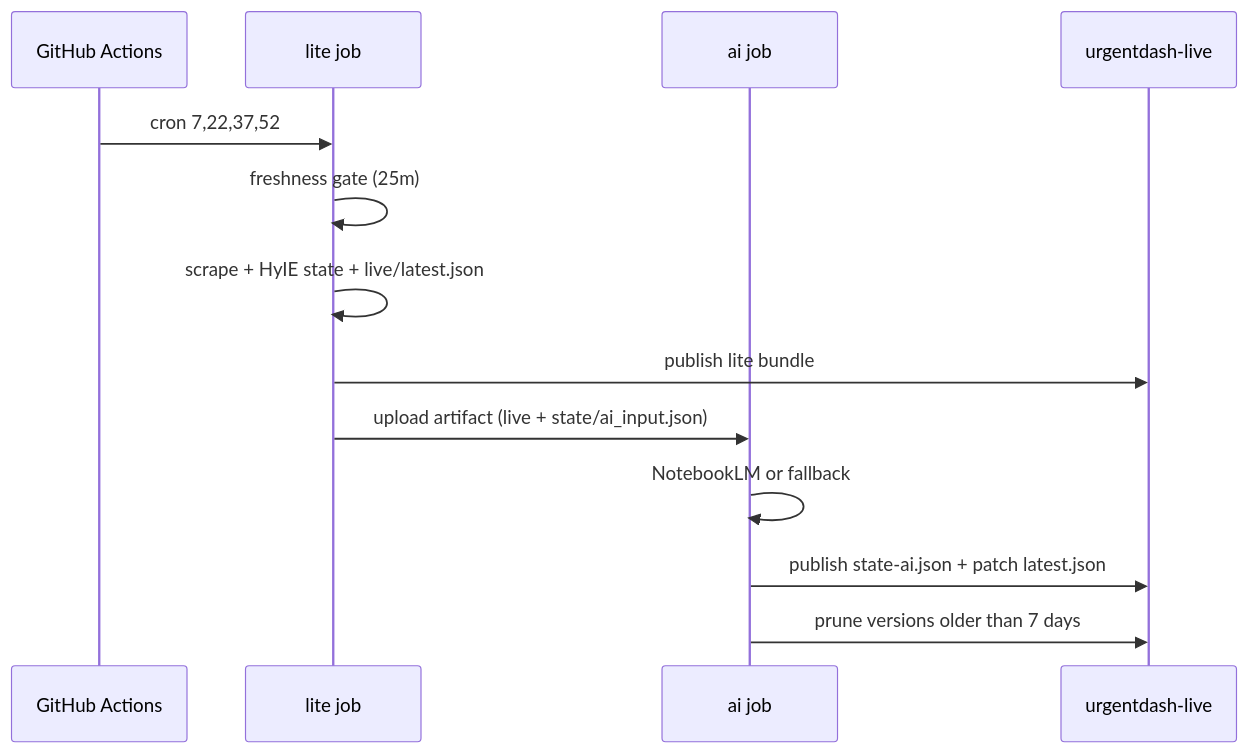
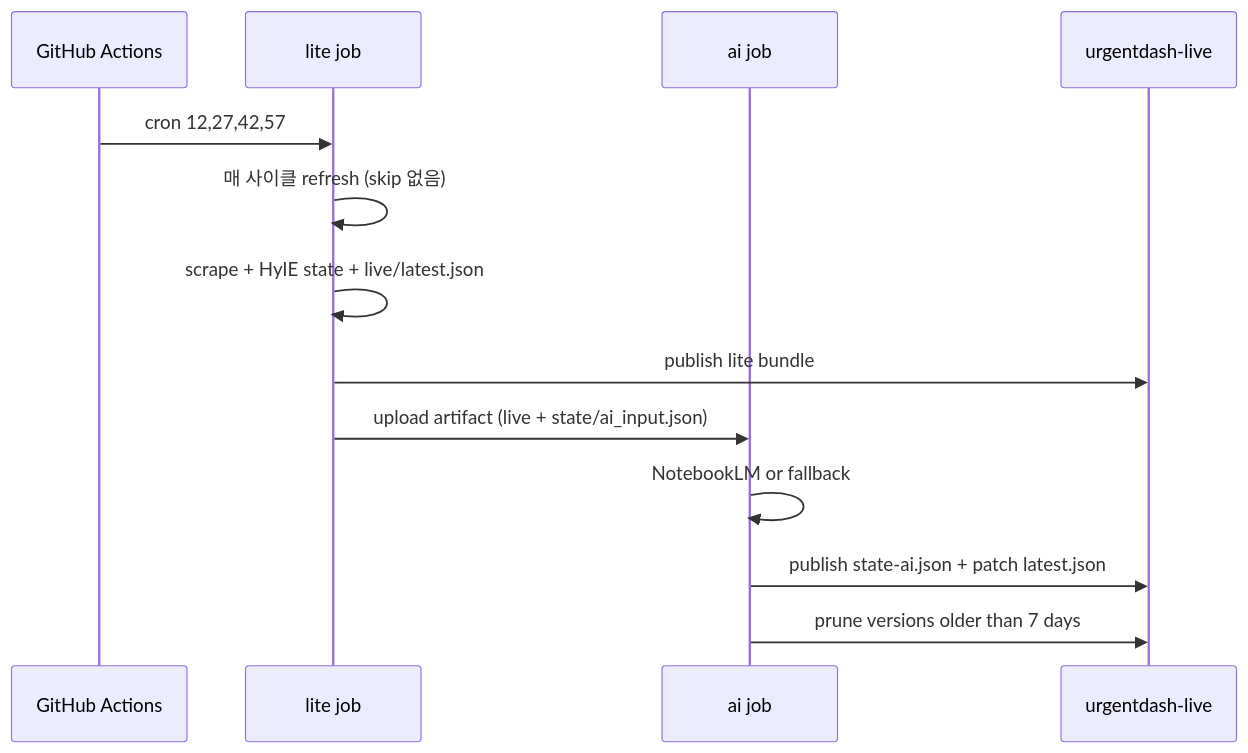
Before and after one commit to macho715/iran_abu_dash: the third of 4 diagrams in SYSTEM_ARCHITECTURE.md, drawn with Mermaid. The commit also changed other lines of this file and 7 other files, not shown here.

First line of the commit message:
docs: README·SYSTEM_ARCHITECTURE 상세화, Mermaid 다이어그램 추가

````diff
--- a/SYSTEM_ARCHITECTURE.md
+++ b/SYSTEM_ARCHITECTURE.md
@@ -62,16 +129,16 @@
 ```mermaid
 sequenceDiagram
     participant GHA as GitHub Actions
     participant Lite as lite job
     participant AI as ai job
     participant GH as urgentdash-live
 
-    GHA->>Lite: cron 7,22,37,52
-    Lite->>Lite: freshness gate (25m)
+    GHA->>Lite: cron 12,27,42,57
+    Lite->>Lite: 매 사이클 refresh (skip 없음)
     Lite->>Lite: scrape + HyIE state + live/latest.json
     Lite->>GH: publish lite bundle
     Lite->>AI: upload artifact (live + state/ai_input.json)
     AI->>AI: NotebookLM or fallback
     AI->>GH: publish state-ai.json + patch latest.json
     AI->>GH: prune versions older than 7 days
 ```
````
